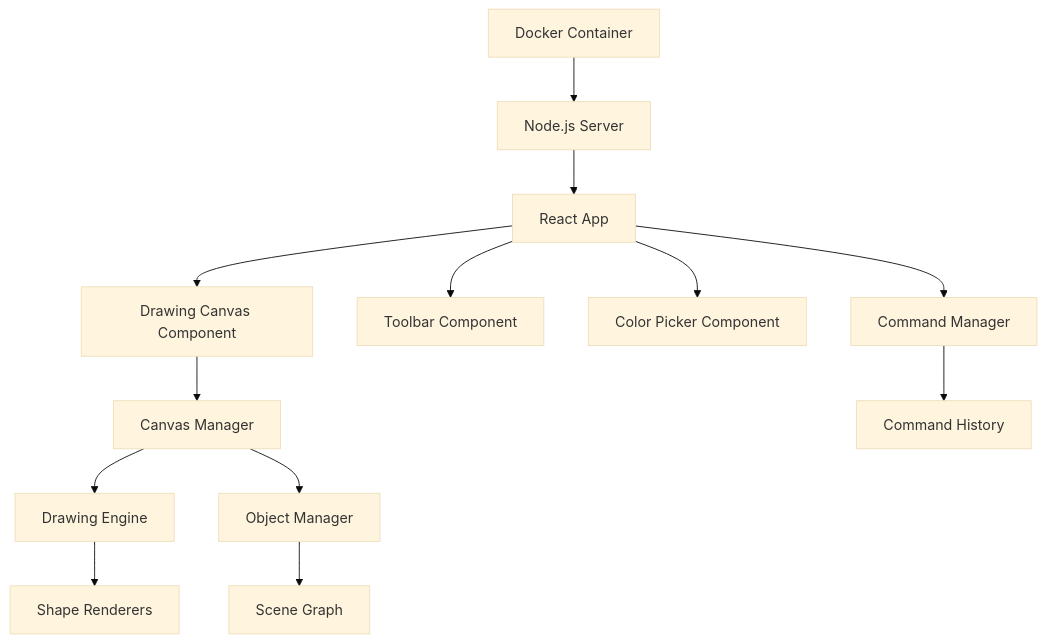
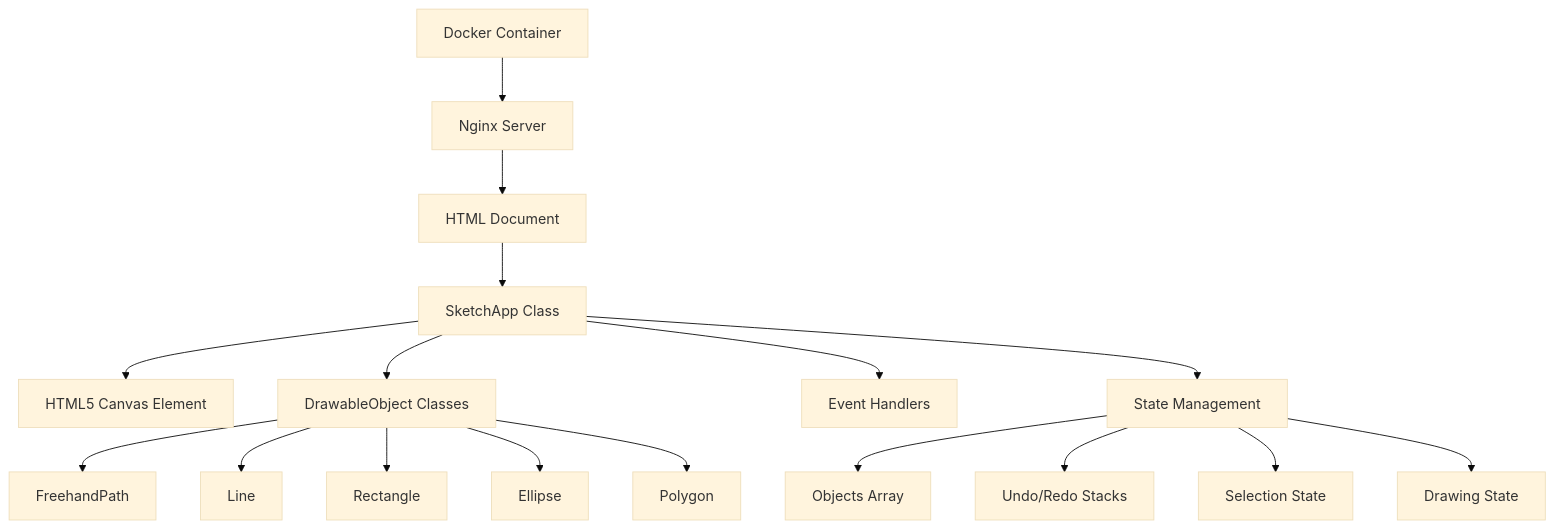
Before and after one commit to abarros6/sketch-app-kiro: the diagram in .kiro/specs/sketch-drawing-app/design.md, drawn with Mermaid (base theme). The commit also changed other lines of this file and 6 other files, not shown here.

````diff
--- a/.kiro/specs/sketch-drawing-app/design.md
+++ b/.kiro/specs/sketch-drawing-app/design.md
@@ -11,19 +16,22 @@
 ```mermaid
 graph TB
-    A[React App] --> B[Drawing Canvas Component]
-    A --> C[Toolbar Component]
-    A --> D[Color Picker Component]
+    A[HTML Document] --> B[SketchApp Class]
+    B --> C[HTML5 Canvas Element]
+    B --> D[DrawableObject Classes]
+    B --> E[Event Handlers]
+    B --> F[State Management]
     
-    B --> E[Canvas Manager]
-    E --> F[Drawing Engine]
-    E --> G[Object Manager]
+    D --> G[FreehandPath]
+    D --> H[Line]
+    D --> I[Rectangle]
+    D --> J[Ellipse]
+    D --> K[Polygon]
     
-    F --> H[Shape Renderers]
-    G --> I[Scene Graph]
+    F --> L[Objects Array]
+    F --> M[Undo/Redo Stacks]
+    F --> N[Selection State]
+    F --> O[Drawing State]
     
-    A --> J[Command Manager]
-    J --> K[Command History]
-    
-    L[Docker Container] --> M[Node.js Server]
-    M --> A
+    P[Docker Container] --> Q[Nginx Server]
+    Q --> A
 ```
````
